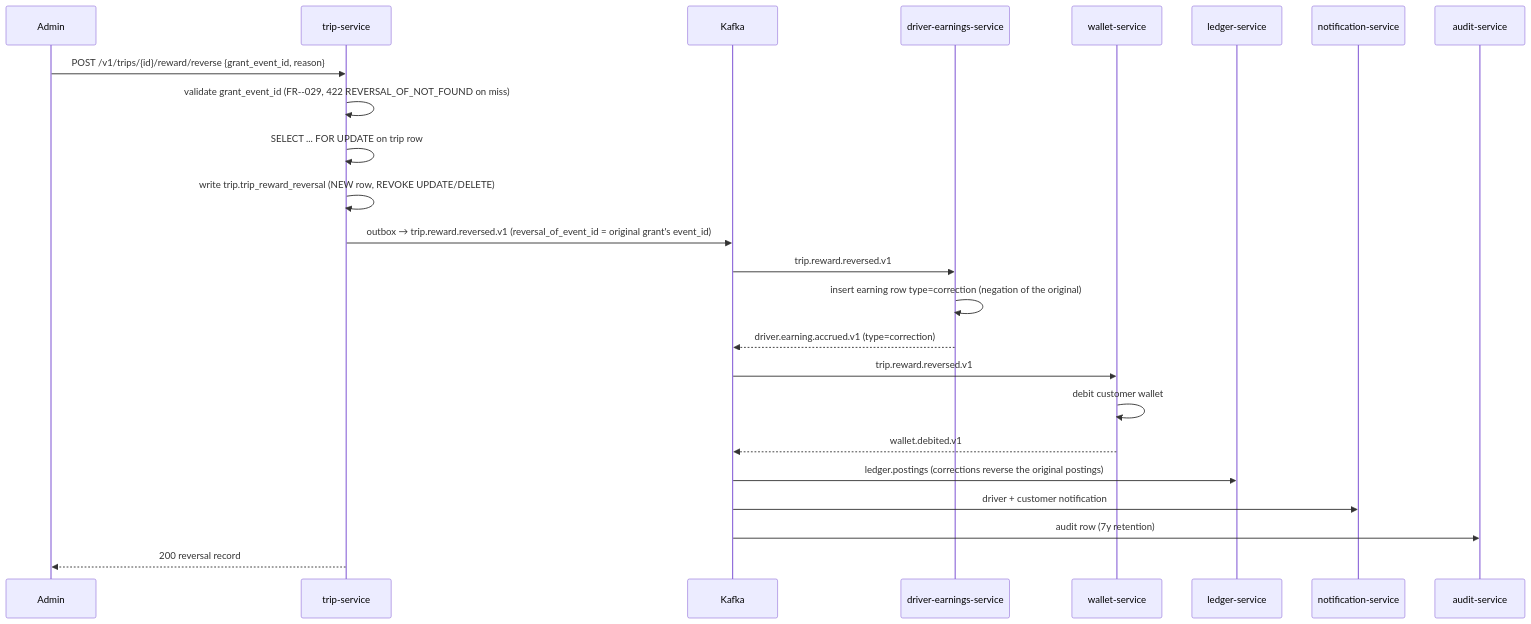
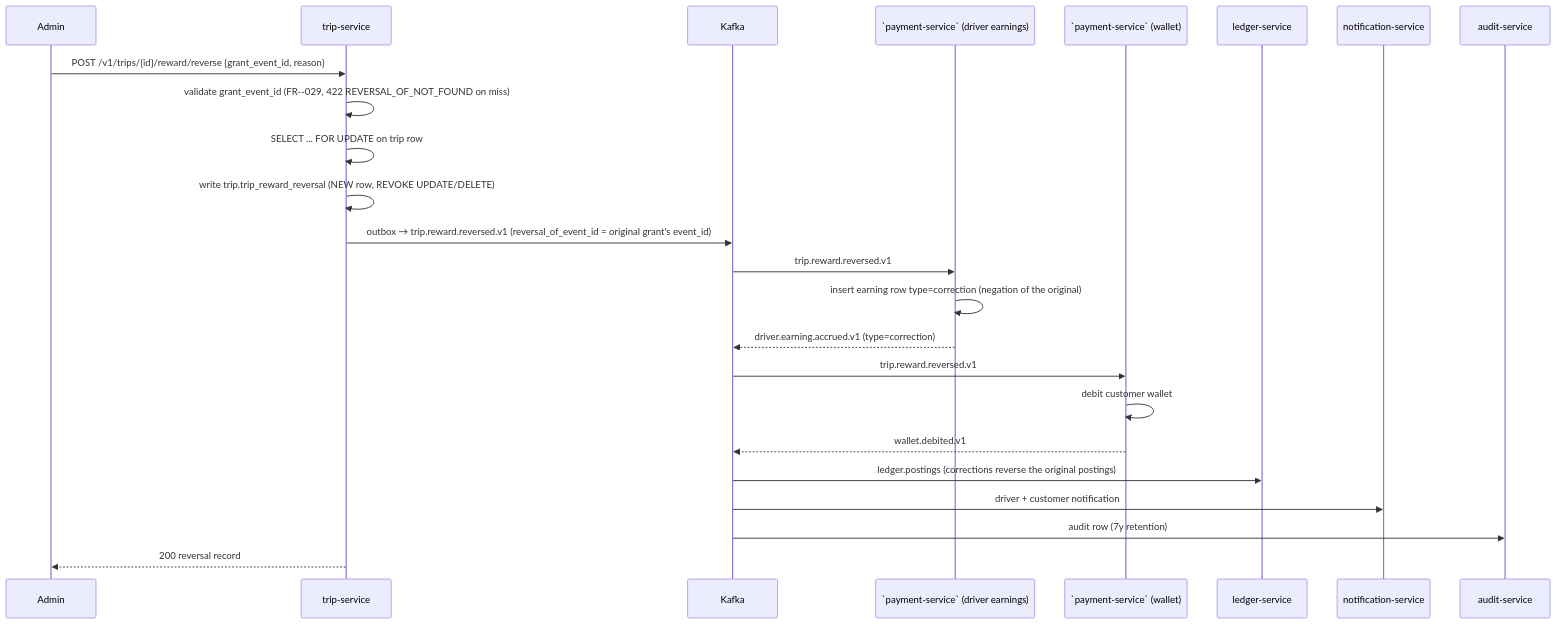
The eighth of 9 diagrams in docs/services/trip-service/WORKFLOWS.md (mohamedhabibwork/trips-enjoy-docs), drawn with Mermaid before and after one commit. The commit also changed other lines of this file and 525 other files, not shown here.

````diff
--- a/docs/services/trip-service/WORKFLOWS.md
+++ b/docs/services/trip-service/WORKFLOWS.md
@@ -676,27 +676,27 @@
 ```mermaid
 sequenceDiagram
     participant ADM as Admin
     participant TS as trip-service
     participant K as Kafka
-    participant DE as driver-earnings-service
-    participant WLT as wallet-service
+    participant DE as `payment-service` (driver earnings)
+    participant WLT as `payment-service` (wallet)
     participant LD as ledger-service
     participant NOT as notification-service
     participant AUD as audit-service
 
     ADM->>TS: POST /v1/trips/{id}/reward/reverse {grant_event_id, reason}
     TS->>TS: validate grant_event_id (FR--029, 422 REVERSAL_OF_NOT_FOUND on miss)
     TS->>TS: SELECT ... FOR UPDATE on trip row
     TS->>TS: write trip.trip_reward_reversal (NEW row, REVOKE UPDATE/DELETE)
     TS->>K: outbox → trip.reward.reversed.v1 (reversal_of_event_id = original grant's event_id)
     K->>DE: trip.reward.reversed.v1
     DE->>DE: insert earning row type=correction (negation of the original)
     DE-->>K: driver.earning.accrued.v1 (type=correction)
     K->>WLT: trip.reward.reversed.v1
     WLT->>WLT: debit customer wallet
     WLT-->>K: wallet.debited.v1
     K->>LD: ledger.postings (corrections reverse the original postings)
     K->>NOT: driver + customer notification
     K->>AUD: audit row (7y retention)
     TS-->>ADM: 200 reversal record
 ```
````
